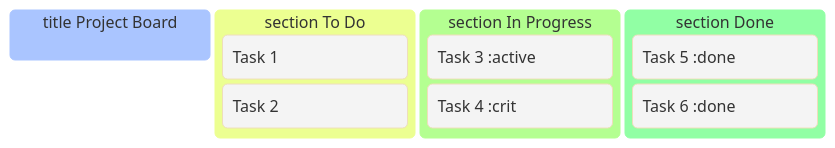
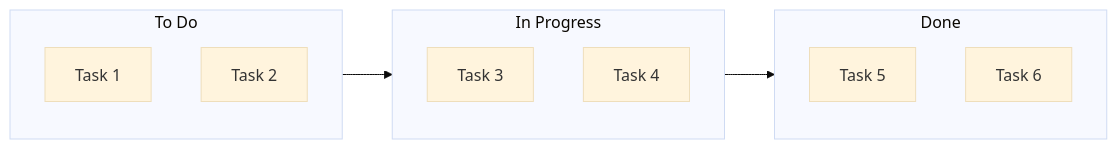
Before and after one commit to teachingai/full-stack-skills: the third of 3 diagrams in skills/mermaid/examples/kanban.md, drawn with Mermaid (base theme). The commit also changed other lines of this file and 29 other files, not shown here.

First line of the commit message:
docs(mermaid): 更新所有图表类型的文档示例和语法说明

````diff
--- a/skills/mermaid/examples/kanban.md
+++ b/skills/mermaid/examples/kanban.md
@@ -18,13 +49,18 @@
 ```mermaid
-kanban
-    title Project Board
-    section To Do
-        Task 1
-        Task 2
-    section In Progress
-        Task 3 :active
-        Task 4 :crit
-    section Done
-        Task 5 :done
-        Task 6 :done
+flowchart LR
+    subgraph ToDo["To Do"]
+        T1[Task 1]
+        T2[Task 2]
+    end
+    subgraph InProgress["In Progress"]
+        T3[Task 3]
+        T4[Task 4]
+    end
+    subgraph Done["Done"]
+        T5[Task 5]
+        T6[Task 6]
+    end
+
+    ToDo --> InProgress
+    InProgress --> Done
 ```
````
